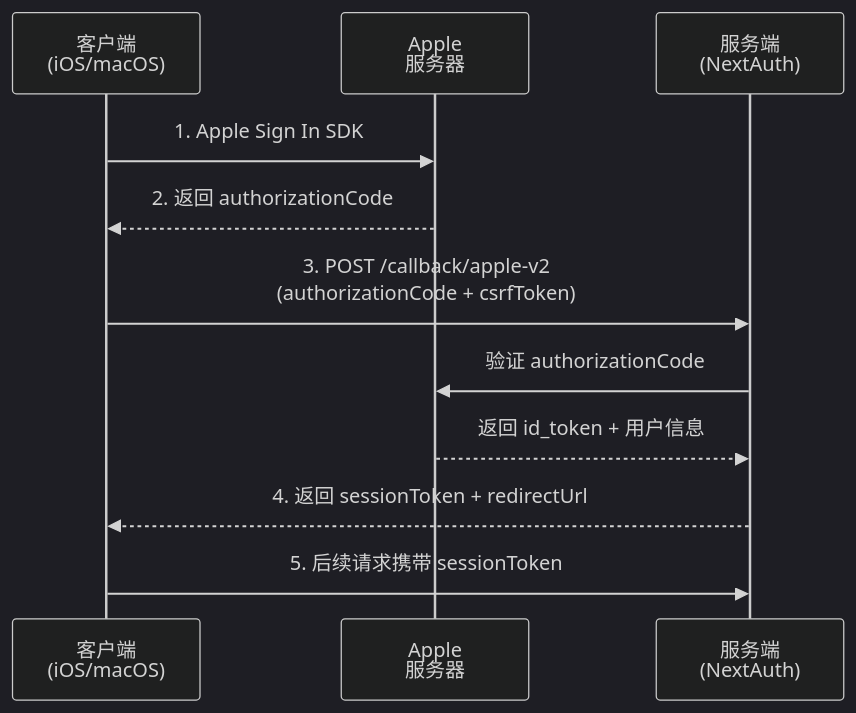
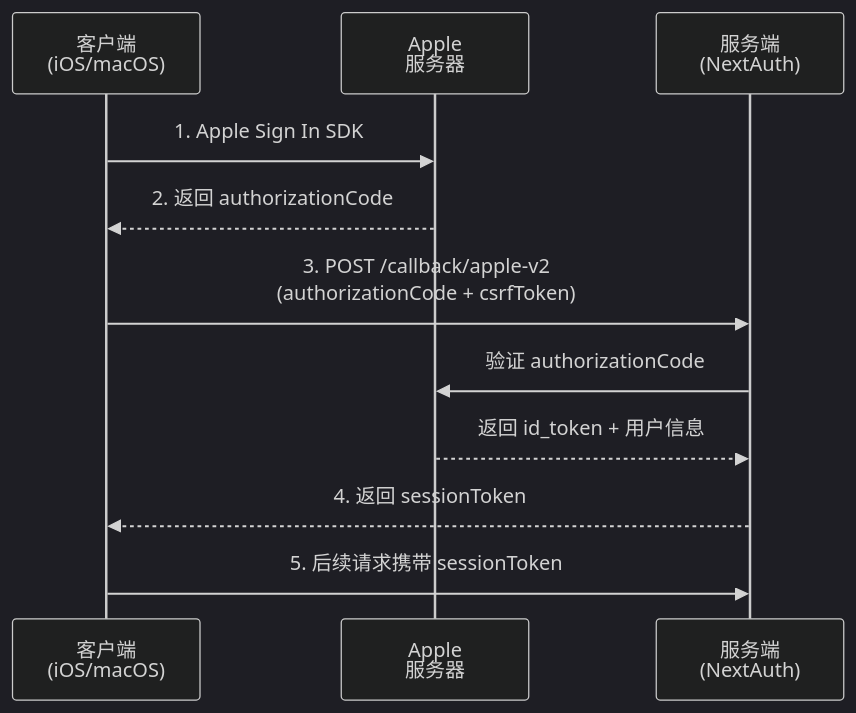
The diagram in api/RESTful/auth-apple-v2.md (RudolphHuang/openclaw_doc), drawn with Mermaid (dark theme) before and after one commit.

````diff
--- a/api/RESTful/auth-apple-v2.md
+++ b/api/RESTful/auth-apple-v2.md
@@ -7,16 +7,16 @@
 ```mermaid
 sequenceDiagram
     participant Client as 客户端<br/>(iOS/macOS)
     participant Apple as Apple<br/>服务器
     participant Server as 服务端<br/>(NextAuth)
 
     Client->>Apple: 1. Apple Sign In SDK
     Apple-->>Client: 2. 返回 authorizationCode
     
     Client->>Server: 3. POST /callback/apple-v2<br/>(authorizationCode + csrfToken)
     Server->>Apple: 验证 authorizationCode
     Apple-->>Server: 返回 id_token + 用户信息
-    Server-->>Client: 4. 返回 sessionToken + redirectUrl
+    Server-->>Client: 4. 返回 sessionToken
     
     Client->>Server: 5. 后续请求携带 sessionToken
 ```
````
